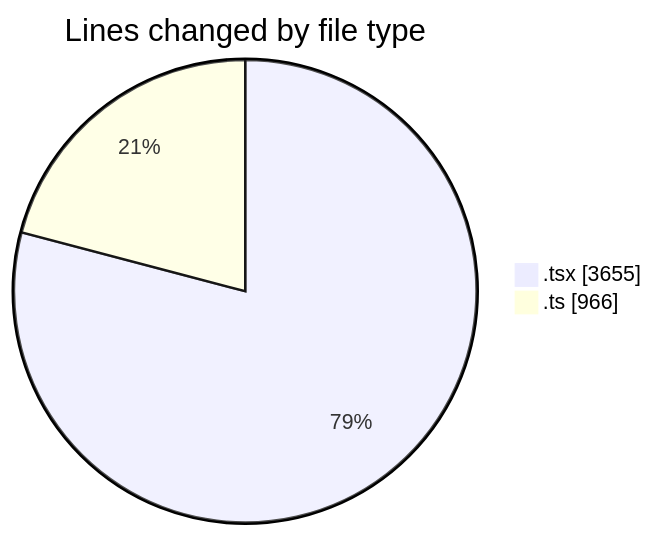
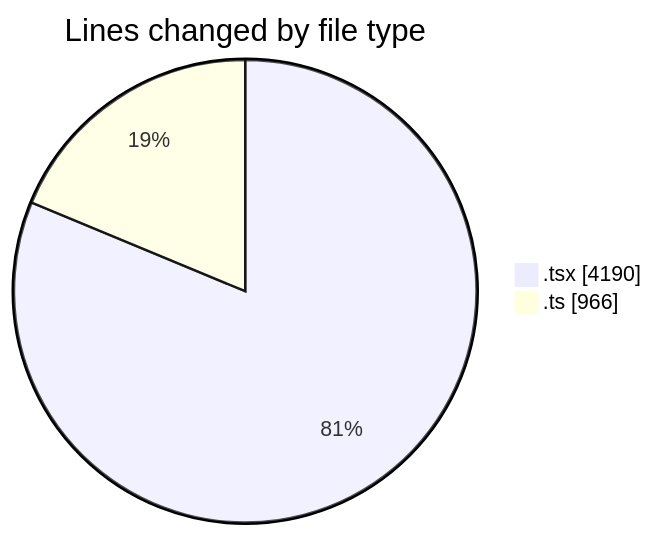
Before and after one commit to nxtqubesakshisongat/code-tracking: the first of 2 diagrams in 2026-02-26/nxtqube_webapp/README.md, drawn with Mermaid. The commit also changed other lines of this file and 1 other file, not shown here.

````diff
--- a/2026-02-26/nxtqube_webapp/README.md
+++ b/2026-02-26/nxtqube_webapp/README.md
@@ -29,6 +30,6 @@
 ```mermaid
 pie showData
 title Lines changed by file type
-".tsx" : 3655
+".tsx" : 4190
 ".ts" : 966
 ```
````
